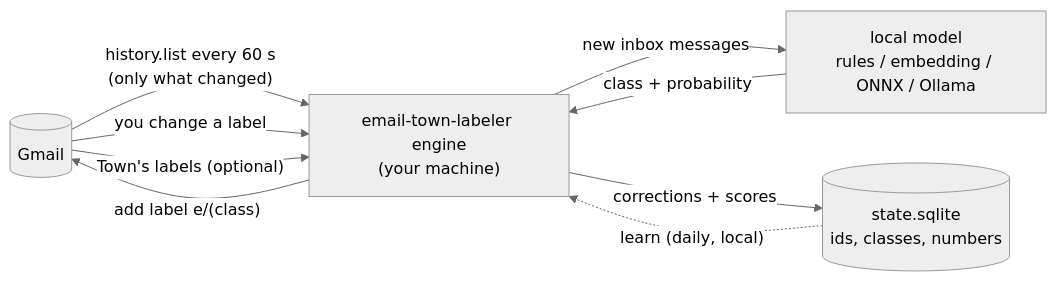
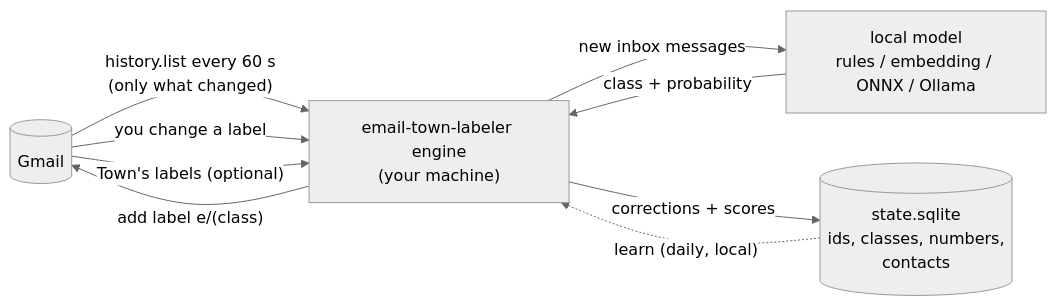
One commit to scamai/email-town-labeler changed the diagram in README.md. Above: the diagram before and after it, drawn with Mermaid (neutral theme). The commit also changed other lines of this file and 11 other files, not shown here.

````diff
--- a/README.md
+++ b/README.md
@@ -403,11 +403,11 @@
 ```mermaid
 flowchart LR
   G[("Gmail")] -- "history.list every 60 s<br/>(only what changed)" --> E["email-town-labeler engine<br/>(your machine)"]
   E -- "new inbox messages" --> M["local model<br/>rules / embedding / ONNX / Ollama"]
   M -- "class + probability" --> E
   E -- "add label e/(class)" --> G
   G -- "you change a label" --> E
   G -- "Town's labels (optional)" --> E
-  E -- "corrections + scores" --> DB[("state.sqlite<br/>ids, classes, numbers")]
+  E -- "corrections + scores" --> DB[("state.sqlite<br/>ids, classes, numbers,<br/>contacts")]
   DB -. "learn (daily, local)" .-> E
 ```
````
